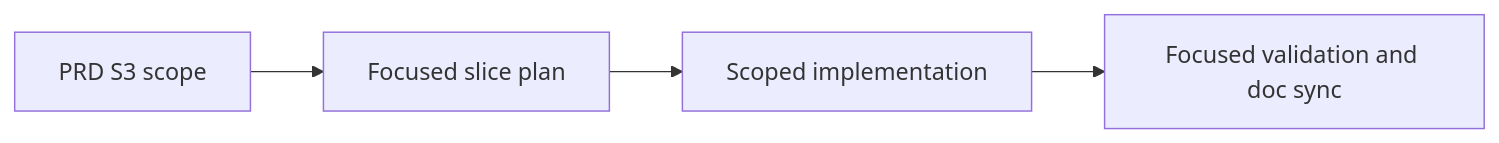
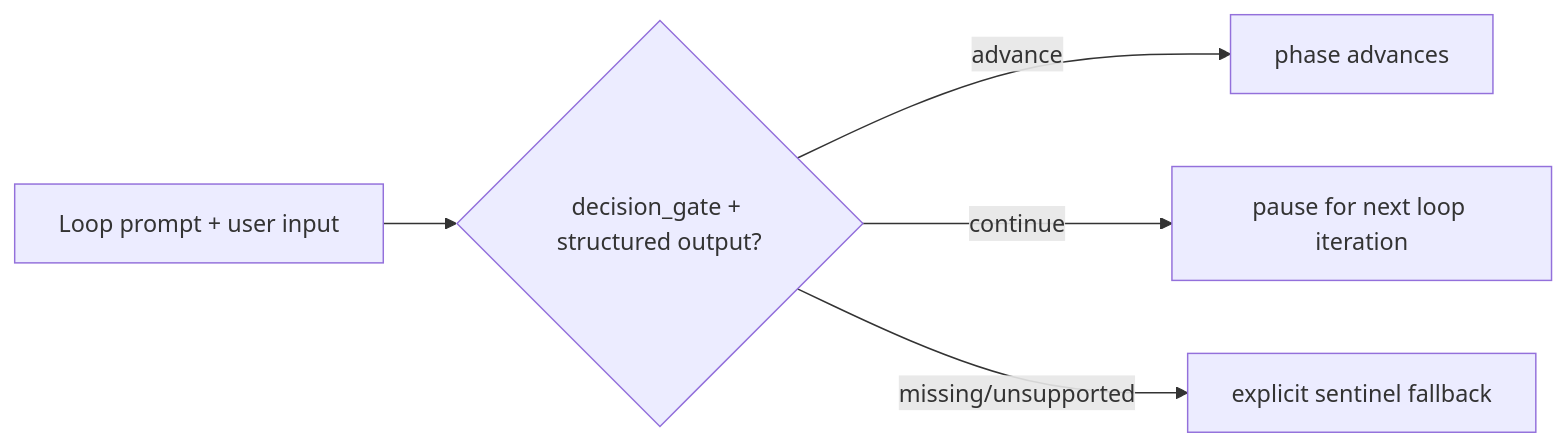
One commit to matzls/Archon changed the diagram in docs/plans/r001-archon-piv-loop-codex-v2-s3_plan.md. Above: the diagram before and after it, drawn with Mermaid. The commit also changed other lines of this file and 2 other files, not shown here.

First line of the commit message:
docs(plans): refine PIV V2 S3 slice gate

````diff
--- a/docs/plans/r001-archon-piv-loop-codex-v2-s3_plan.md
+++ b/docs/plans/r001-archon-piv-loop-codex-v2-s3_plan.md
@@ -41,6 +44,7 @@
 ```mermaid
 flowchart LR
-    A["PRD S3 scope"] --> B["Focused slice plan"]
-    B --> C["Scoped implementation"]
-    C --> D["Focused validation and doc sync"]
+    A["Loop prompt + user input"] --> B{"decision_gate + structured output?"}
+    B -->|advance| C["phase advances"]
+    B -->|continue| D["pause for next loop iteration"]
+    B -->|missing/unsupported| E["explicit sentinel fallback"]
 ```
````
